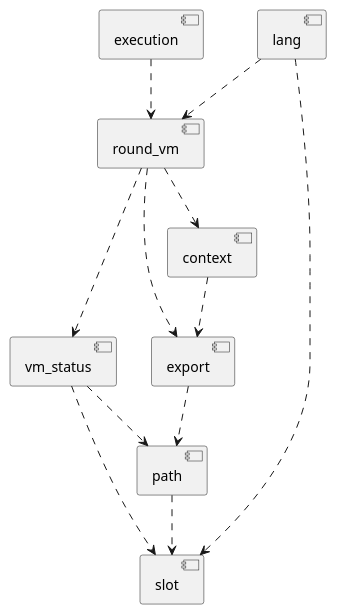
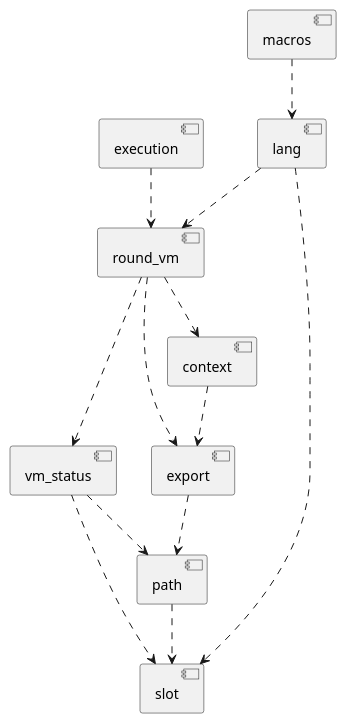
Before and after one commit to lm98/masters-thesis: the diagram in figures/diagrams/code/rufi-core-architecture.puml, drawn with PlantUML. The commit also changed 1 other file, not shown here.

Commit message:
feat: add macros to rufi core arch

```diff
--- a/figures/diagrams/code/rufi-core-architecture.puml
+++ b/figures/diagrams/code/rufi-core-architecture.puml
@@ -1,21 +1,23 @@
 @startuml
 component export
 component context
 component round_vm
 component vm_status
 component path
 component slot
 component execution
 component lang
+component macros
 context ..> export
 slot <.up. path
 export ..> path
 path <.up. vm_status
 slot <.up. vm_status
 vm_status <.up. round_vm
 export <.up. round_vm
 context <.up. round_vm
 execution ..> round_vm
 lang ..> round_vm
 lang ..> slot
+macros ..> lang
 @enduml
```
